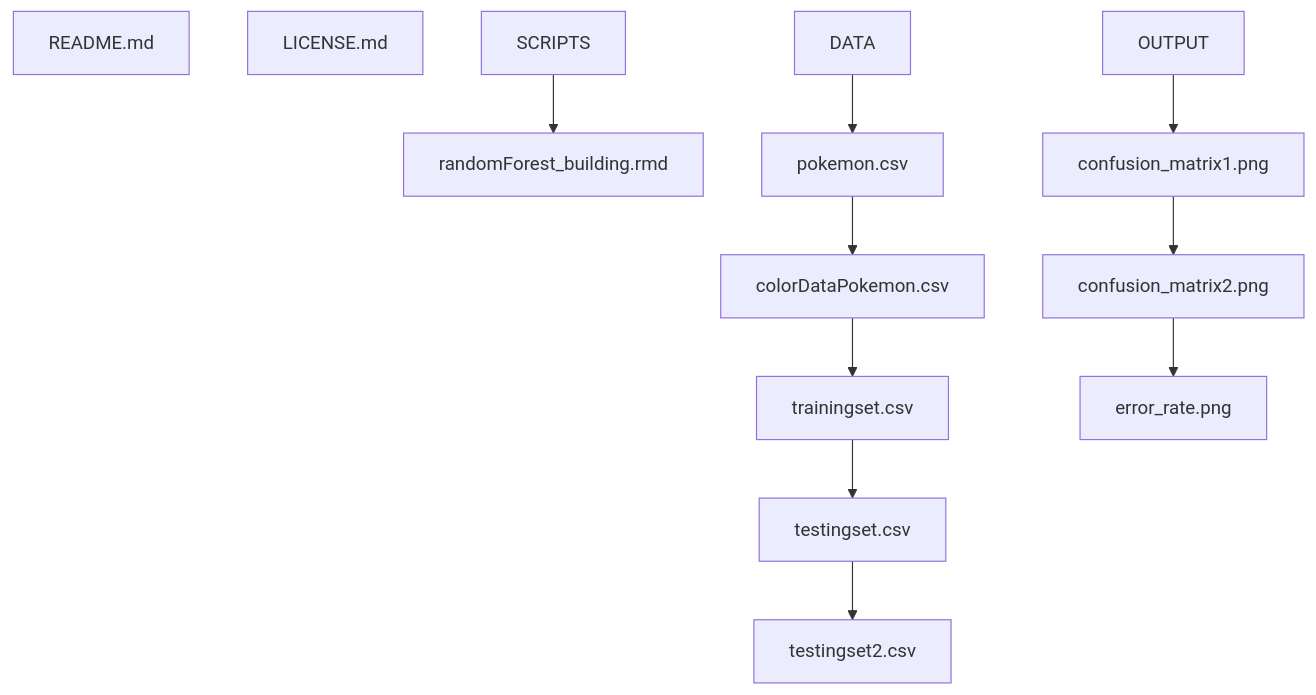
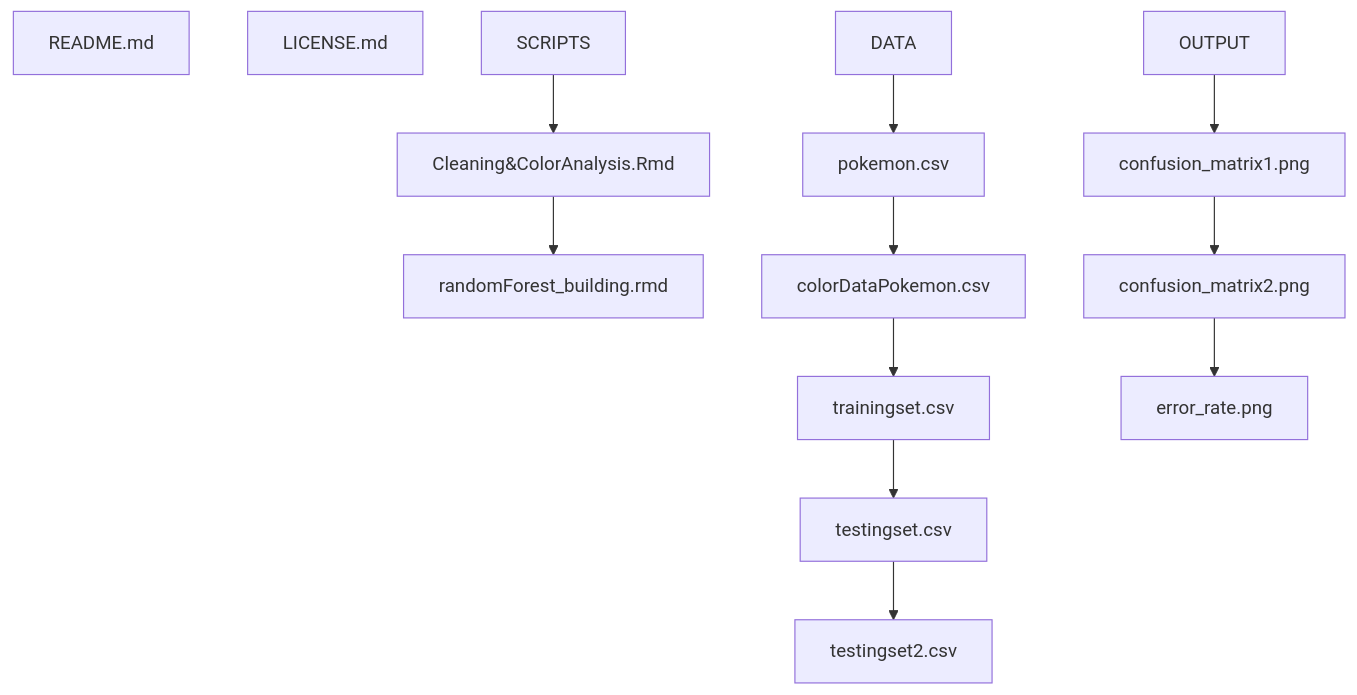
The diagram in README.md (aschebell/DS4002-Project3), drawn with Mermaid before and after one commit. The commit also changed other lines of this file, not shown here.

````diff
--- a/README.md
+++ b/README.md
@@ -14,8 +14,8 @@
 ```mermaid
 graph TD;
     README.md;
     LICENSE.md;
-    SCRIPTS-->randomForest_building.rmd;
+    SCRIPTS-->Cleaning&ColorAnalysis.Rmd-->randomForest_building.rmd;
     DATA-->pokemon.csv-->colorDataPokemon.csv-->trainingset.csv-->testingset.csv-->testingset2.csv;
     OUTPUT-->confusion_matrix1.png-->confusion_matrix2.png-->error_rate.png
 ```
````
